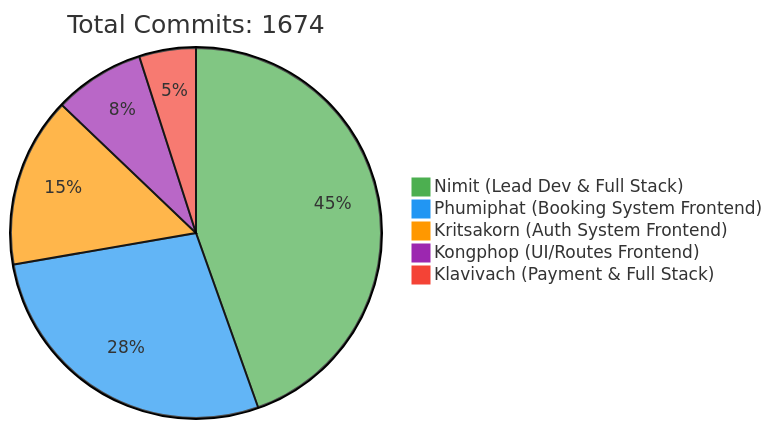
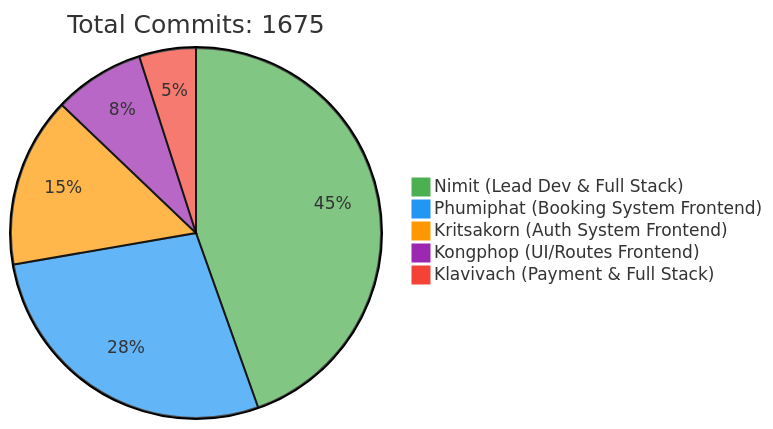
One commit to 6531503042/Sport-Complex changed the first of 2 diagrams in README.md. Above: the diagram before and after it, drawn with Mermaid. The commit also changed other lines of this file, not shown here.

Commit message:
docs: Update contributor statistics [skip ci]

````diff
--- a/README.md
+++ b/README.md
@@ -257,10 +257,10 @@
 ```mermaid
 %%{init: {'theme': 'base', 'themeVariables': { 'pie1': '#4CAF50', 'pie2': '#2196F3', 'pie3': '#FF9800', 'pie4': '#9C27B0', 'pie5': '#F44336'}}}%%
 pie
-    title Total Commits: 1674
+    title Total Commits: 1675
     "Nimit (Lead Dev & Full Stack)" : 450
     "Phumiphat (Booking System Frontend)" : 280
     "Kritsakorn (Auth System Frontend)" : 150
     "Kongphop (UI/Routes Frontend)" : 80
     "Klavivach (Payment & Full Stack)" : 50
 ```
````
